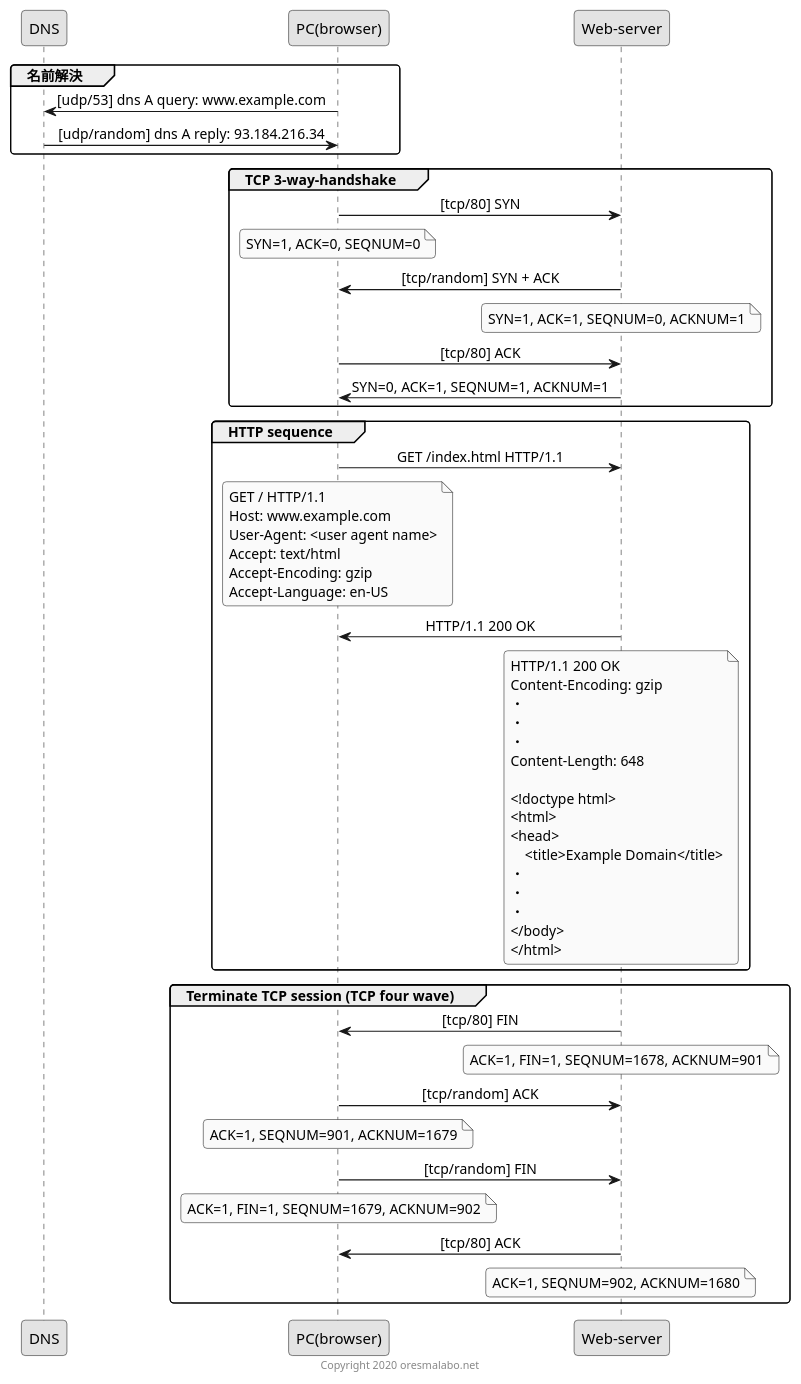
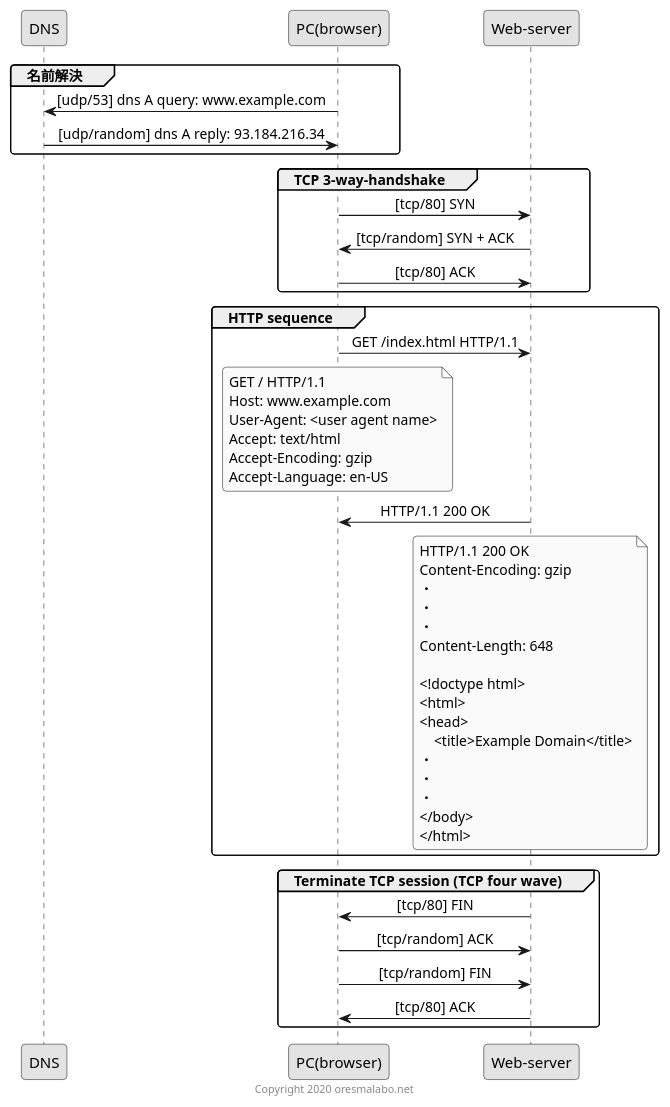
Before and after one commit to oresama-lab/plant-uml-themes: the diagram in templates/web-sequence/web-sequence.pu, drawn with PlantUML.

```diff
--- a/templates/web-sequence/web-sequence.pu
+++ b/templates/web-sequence/web-sequence.pu
@@ -1,73 +1,66 @@
 @startuml
 skinparam defaultFontName メイリオ
 skinparam monochrome true
 skinparam shadowing false
 skinparam RoundCorner 7
 skinparam SequenceGroupBorderThickness 1
 skinparam sequenceMessageAlign center
 skinparam sequenceReferenceAlign left
 
 participant DNS as dns
 participant "PC(browser)" as pc
 participant "Web-server" as server
 
 group 名前解決
   pc -> dns : [udp/53] dns A query: www.example.com
   dns -> pc : [udp/random] dns A reply: 93.184.216.34
 end
 
 group TCP 3-way-handshake
   pc -> server: [tcp/80] SYN
-  note over pc: SYN=1, ACK=0, SEQNUM=0
   server -> pc: [tcp/random] SYN + ACK
-  note over server: SYN=1, ACK=1, SEQNUM=0, ACKNUM=1
   pc -> server: [tcp/80] ACK
-  server -> pc: SYN=0, ACK=1, SEQNUM=1, ACKNUM=1
 end
 
 group HTTP sequence
   pc -> server: GET /index.html HTTP/1.1
   note over pc
     GET / HTTP/1.1
     Host: www.example.com
     User-Agent: <user agent name>
     Accept: text/html
     Accept-Encoding: gzip
     Accept-Language: en-US
   end note
   server -> pc: HTTP/1.1 200 OK
   note over server
     HTTP/1.1 200 OK
     Content-Encoding: gzip
     ・
     ・
     ・
     Content-Length: 648
     
     <!doctype html>
     <html>
     <head>
         <title>Example Domain</title>
     ・
     ・
     ・
     </body>
     </html>
   end note
 end
 
 group Terminate TCP session (TCP four wave)
   server -> pc: [tcp/80] FIN
   note over server
-    ACK=1, FIN=1, SEQNUM=1678, ACKNUM=901
   end note
   pc -> server: [tcp/random] ACK
-  note over pc: ACK=1, SEQNUM=901, ACKNUM=1679
   pc -> server: [tcp/random] FIN
-  note over pc: ACK=1, FIN=1, SEQNUM=1679, ACKNUM=902
   server -> pc: [tcp/80] ACK
-  note over server: ACK=1, SEQNUM=902, ACKNUM=1680
 end
 
 footer Copyright 2020 oresmalabo.net
 @enduml
```
